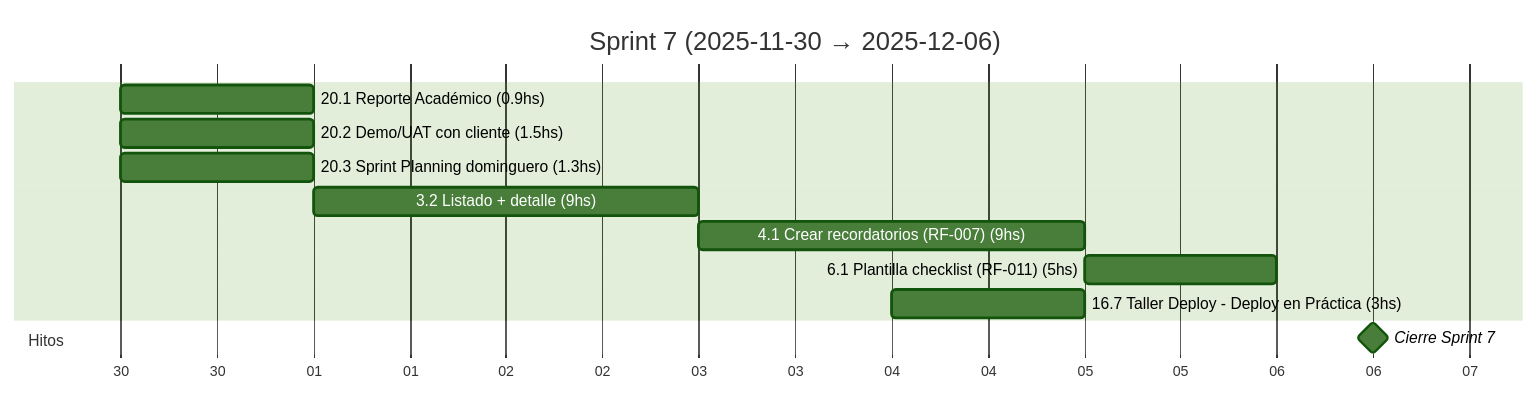
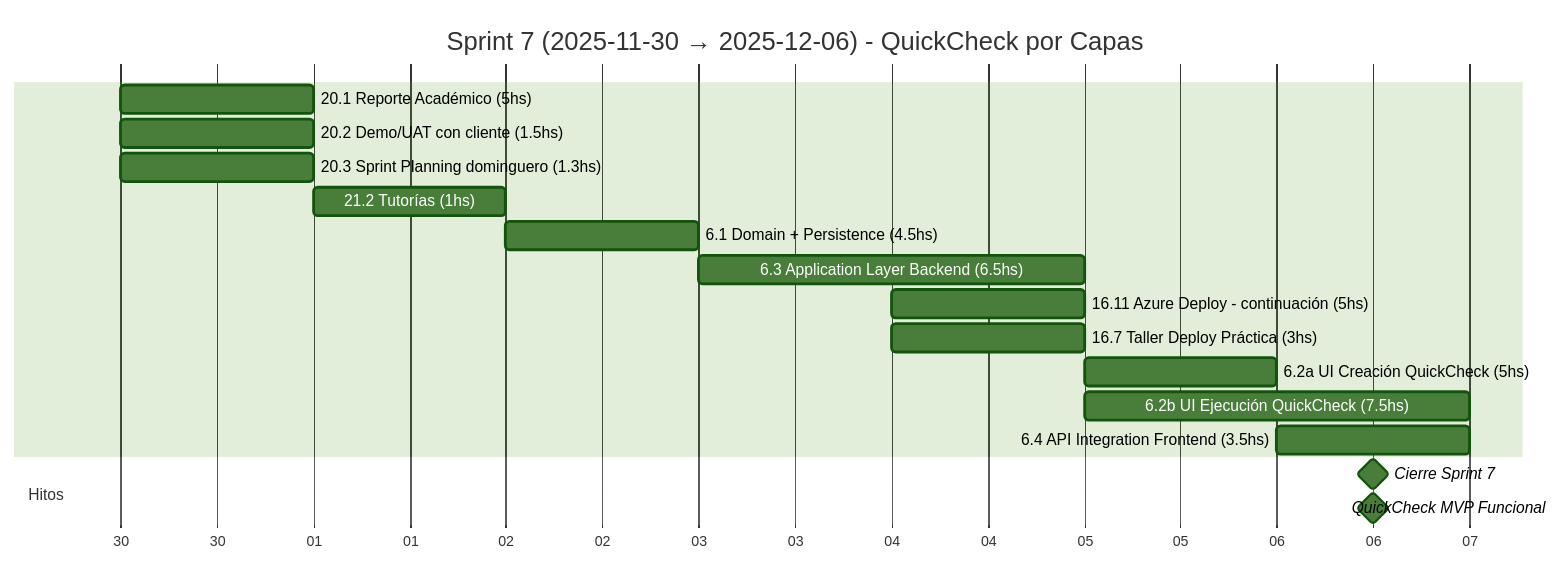
Before and after one commit to MarkMed/FleetMan: the eighth of 19 diagrams in docs/SprintsGantts.md, drawn with Mermaid (forest theme). The commit also changed other lines of this file and 9 other files, not shown here.

````diff
--- a/docs/SprintsGantts.md
+++ b/docs/SprintsGantts.md
@@ -217,19 +217,24 @@
 ```mermaid
 gantt
-  title Sprint 7 (2025-11-30 → 2025-12-06)
+  title Sprint 7 (2025-11-30 → 2025-12-06) - QuickCheck por Capas
   dateFormat  YYYY-MM-DD
   axisFormat  %d
 
   %% Asumimos 5 h/día. Horas estimadas incluidas en el nombre.
 
-  20.1 Reporte Académico (0.9hs)               :t201, 2025-11-30, 1d
-  20.2 Demo/UAT con cliente (1.5hs)            :t202, 2025-11-30, 1d
-  20.3 Sprint Planning dominguero (1.3hs)      :t203, 2025-11-30, 1d
-  3.2 Listado + detalle (9hs)                  :t32, after t203, 2d
-  4.1 Crear recordatorios (RF-007) (9hs)       :t41, after t32, 2d
-  6.1 Plantilla checklist (RF-011) (5hs)       :t61, after t41, 1d
-  16.7 Taller Deploy - Deploy en Práctica (3hs) :t167, 2025-12-04, 1d
+  20.1 Reporte Académico (5hs)                  :t201, 2025-11-30, 1d
+  20.2 Demo/UAT con cliente (1.5hs)             :t202, 2025-11-30, 1d
+  20.3 Sprint Planning dominguero (1.3hs)       :t203, 2025-11-30, 1d
+  21.2 Tutorías (1hs)                           :t212, 2025-12-01, 1d
+  6.1 Domain + Persistence (4.5hs)              :t61, 2025-12-02, 1d
+  6.3 Application Layer Backend (6.5hs)         :t63, after t61, 2d
+  16.11 Azure Deploy - continuación (5hs)       :t1611, 2025-12-04, 1d
+  16.7 Taller Deploy Práctica (3hs)             :t167, 2025-12-04, 1d
+  6.2a UI Creación QuickCheck (5hs)             :t62a, after t63, 1d
+  6.2b UI Ejecución QuickCheck (7.5hs)          :t62b, after t63, 2d
+  6.4 API Integration Frontend (3.5hs)          :t64, 2025-12-06, 1d
 
   section Hitos
-  Cierre Sprint 7                              :milestone, s7, 2025-12-06, 1d
+  Cierre Sprint 7                               :milestone, s7, 2025-12-06, 1d
+  QuickCheck MVP Funcional                      :milestone, qc, 2025-12-06, 1d
 ```
````
